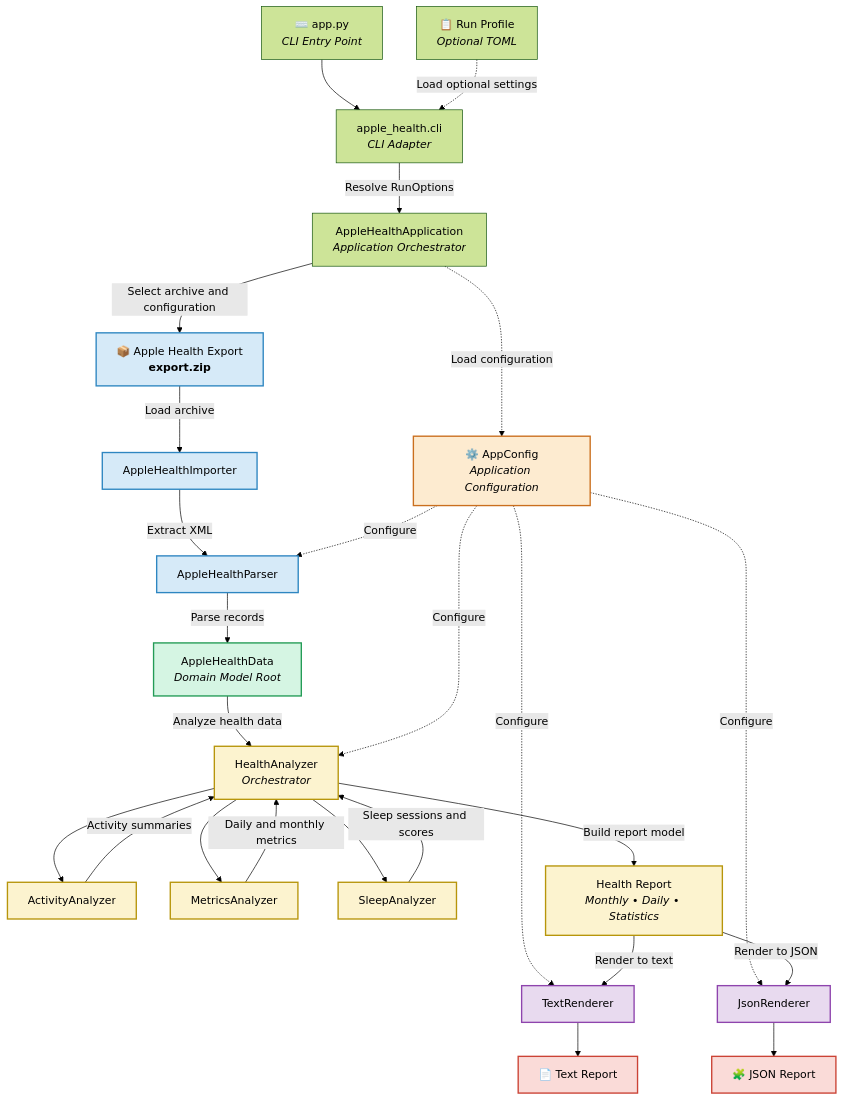
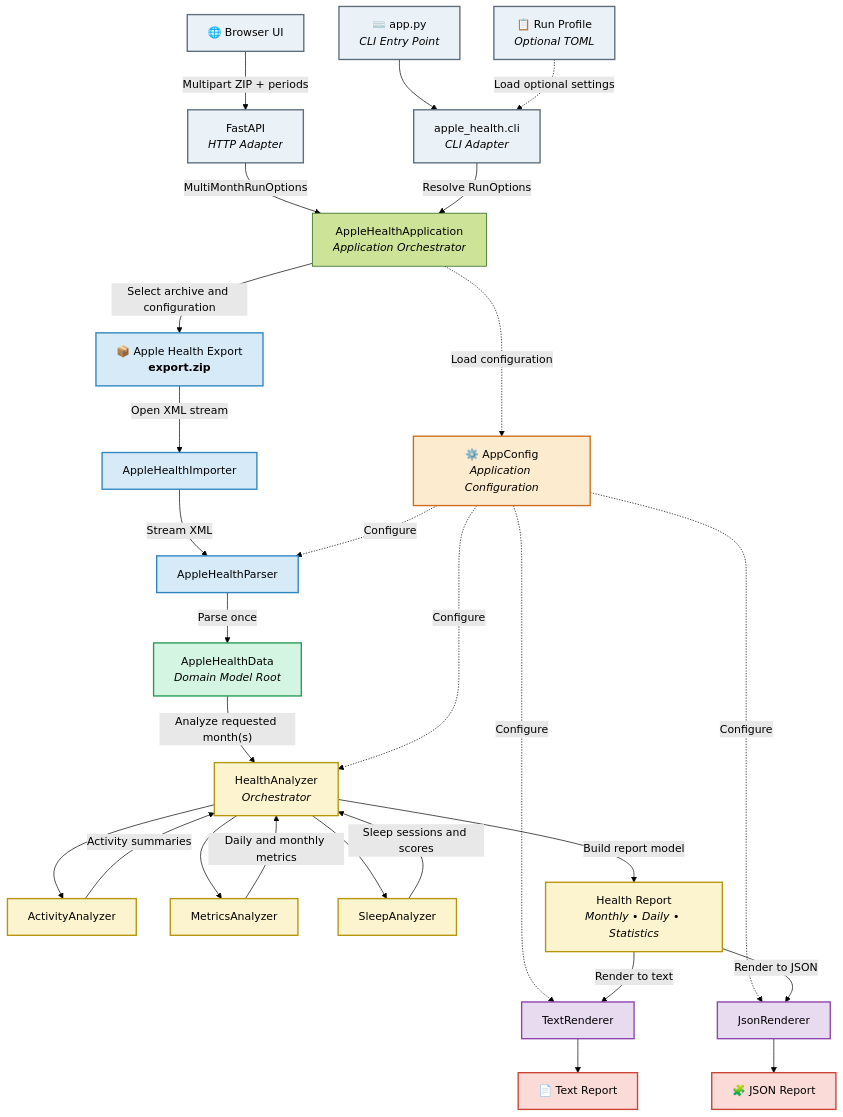
The first of 4 diagrams in README.md (MateuszMocarski/AppleHealthMonitorAnalyzer), drawn with Mermaid (forest theme) before and after one commit. The commit also changed other lines of this file and 5 other files, not shown here.

````diff
--- a/README.md
+++ b/README.md
@@ -215,68 +313,74 @@
 ```mermaid
 flowchart TD
 
+    WEB["🌐 Browser UI"]
+    API["FastAPI<br/><i>HTTP Adapter</i>"]
     ENTRY["⌨️ app.py<br/><i>CLI Entry Point</i>"]
     CLI["apple_health.cli<br/><i>CLI Adapter</i>"]
     PROFILE["📋 Run Profile<br/><i>Optional TOML</i>"]
     APP["AppleHealthApplication<br/><i>Application Orchestrator</i>"]
     A["📦 Apple Health Export<br/><b>export.zip</b>"]
     CFG["⚙️ AppConfig<br/><i>Application Configuration</i>"]
 
     B["AppleHealthImporter"]
     C["AppleHealthParser"]
     D["AppleHealthData<br/><i>Domain Model Root</i>"]
 
     E["HealthAnalyzer<br/><i>Orchestrator</i>"]
     EA["ActivityAnalyzer"]
     EM["MetricsAnalyzer"]
     ES["SleepAnalyzer"]
 
     F["Health Report<br/><i>Monthly • Daily • Statistics</i>"]
     G["TextRenderer"]
     GJ["JsonRenderer"]
     H["📄 Text Report"]
     HJ["🧩 JSON Report"]
 
+    WEB -->|"Multipart ZIP + periods"| API
+    API -->|"MultiMonthRunOptions"| APP
     ENTRY --> CLI
     PROFILE -.->|"Load optional settings"| CLI
     CLI -->|"Resolve RunOptions"| APP
     APP -->|"Select archive and configuration"| A
     APP -.->|"Load configuration"| CFG
-    A -->|"Load archive"| B
-    B -->|"Extract XML"| C
-    C -->|"Parse records"| D
-    D -->|"Analyze health data"| E
+    A -->|"Open XML stream"| B
+    B -->|"Stream XML"| C
+    C -->|"Parse once"| D
+    D -->|"Analyze requested month(s)"| E
 
     CFG -.->|"Configure"| C
     CFG -.->|"Configure"| E
     CFG -.->|"Configure"| G
     CFG -.->|"Configure"| GJ
 
     E --> EA
     E --> EM
     E --> ES
 
     EA -->|"Activity summaries"| E
     EM -->|"Daily and monthly metrics"| E
     ES -->|"Sleep sessions and scores"| E
 
     E -->|"Build report model"| F
     F -->|"Render to text"| G
     F -->|"Render to JSON"| GJ
     G --> H
     GJ --> HJ
 
+    classDef adapter fill:#EAF2F8,stroke:#5D6D7E,color:#000,stroke-width:2px;
     classDef import fill:#D6EAF8,stroke:#2E86C1,color:#000,stroke-width:2px;
     classDef config fill:#FDEBD0,stroke:#CA6F1E,color:#000,stroke-width:2px;
     classDef domain fill:#D5F5E3,stroke:#239B56,color:#000,stroke-width:2px;
     classDef analysis fill:#FCF3CF,stroke:#B7950B,color:#000,stroke-width:2px;
     classDef presentation fill:#E8DAEF,stroke:#8E44AD,color:#000,stroke-width:2px;
     classDef output fill:#FADBD8,stroke:#CB4335,color:#000,stroke-width:2px;
 
+    class WEB,API,ENTRY,CLI,PROFILE adapter;
     class A,B,C import;
     class CFG config;
     class D domain;
     class E,EA,EM,ES,F analysis;
     class G,GJ presentation;
     class H,HJ output;
 ```
````
